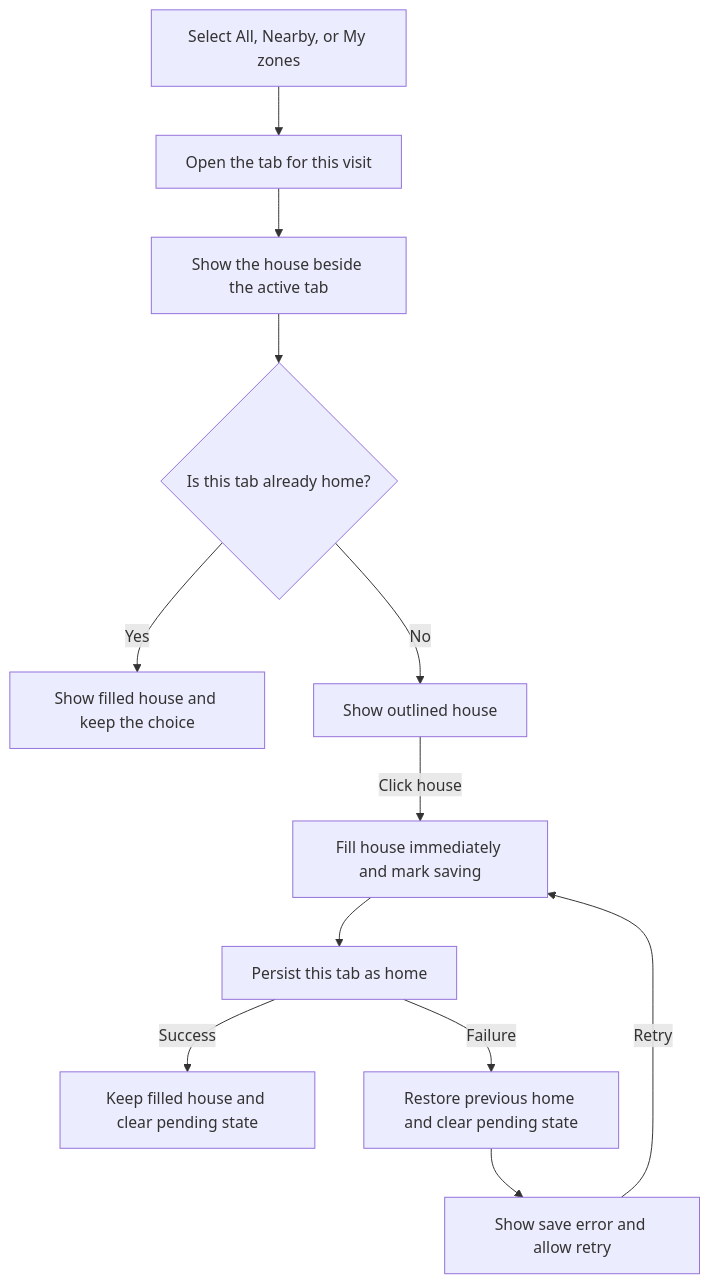
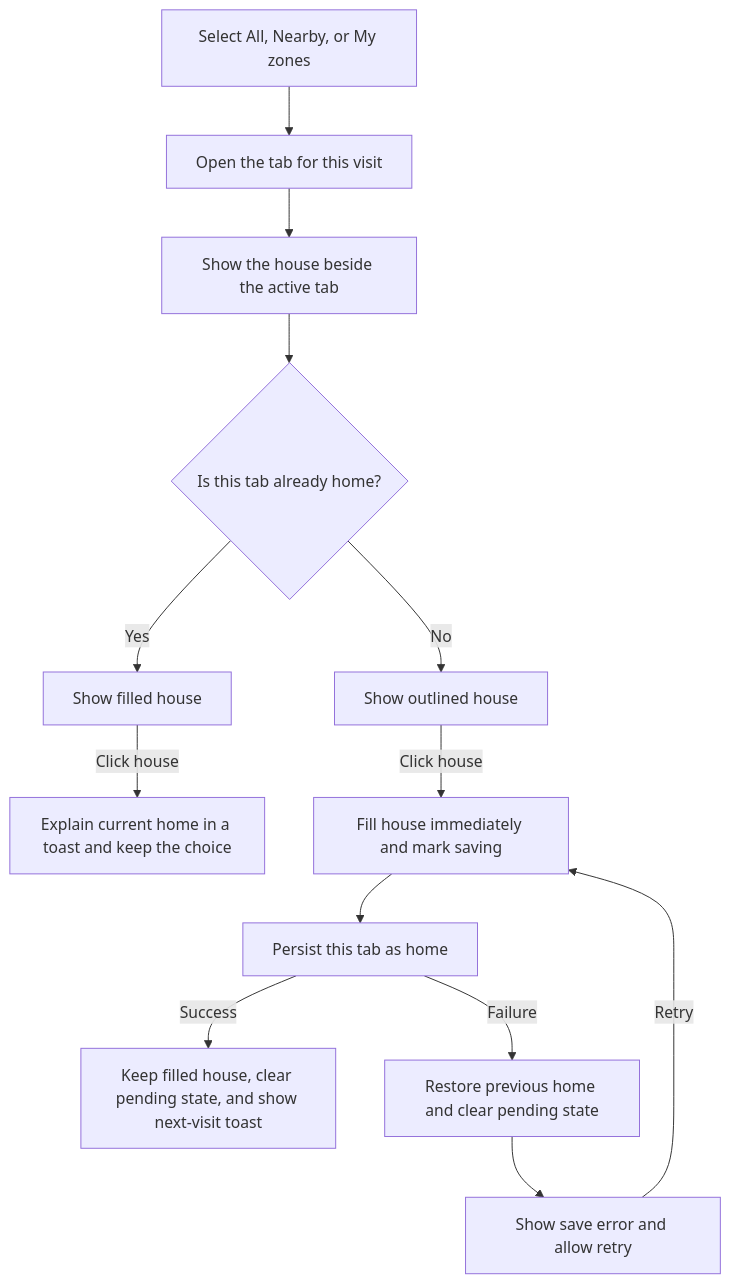
The second of 4 diagrams in docs/ux/user-journeys.md (vbuch/oboapp), drawn with Mermaid before and after one commit. The commit also changed other lines of this file and 2 other files, not shown here.

Commit message:
docs(ux): describe mobile home confirmation feedback

````diff
--- a/docs/ux/user-journeys.md
+++ b/docs/ux/user-journeys.md
@@ -60,14 +61,15 @@
 ```mermaid
 flowchart TD
     Select[Select All, Nearby, or My zones] --> View[Open the tab for this visit]
     View --> House[Show the house beside the active tab]
     House --> Filled{Is this tab already home?}
-    Filled -->|Yes| Keep[Show filled house and keep the choice]
+    Filled -->|Yes| Keep[Show filled house]
+    Keep -->|Click house| Explain[Explain current home in a toast and keep the choice]
     Filled -->|No| Outline[Show outlined house]
     Outline -->|Click house| Pending[Fill house immediately and mark saving]
     Pending --> Save[Persist this tab as home]
-    Save -->|Success| Confirm[Keep filled house and clear pending state]
+    Save -->|Success| Confirm[Keep filled house, clear pending state, and show next-visit toast]
     Save -->|Failure| Revert[Restore previous home and clear pending state]
     Revert --> Retry[Show save error and allow retry]
     Retry -->|Retry| Pending
 ```
````
